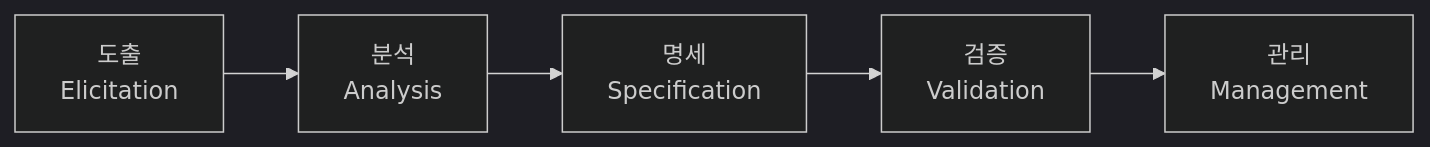
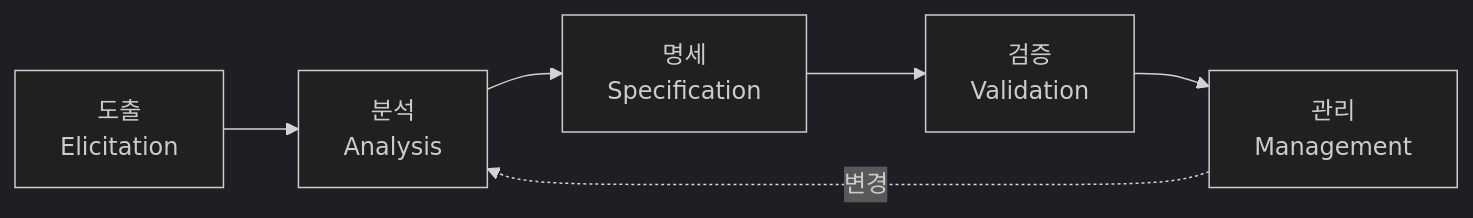
One commit to coninggu/wjdqhrhksflrltnftk changed the diagram in content/requirements-engineering.md. Above: the diagram before and after it, drawn with Mermaid (dark theme). The commit also changed other lines of this file and 11 other files, not shown here.

````diff
--- a/content/requirements-engineering.md
+++ b/content/requirements-engineering.md
@@ -13,7 +15,8 @@
 ```mermaid
 flowchart LR
   E[도출<br/>Elicitation] --> A[분석<br/>Analysis]
   A --> S[명세<br/>Specification]
   S --> V[검증<br/>Validation]
   V --> M[관리<br/>Management]
+  M -.변경.-> A
 ```
````
